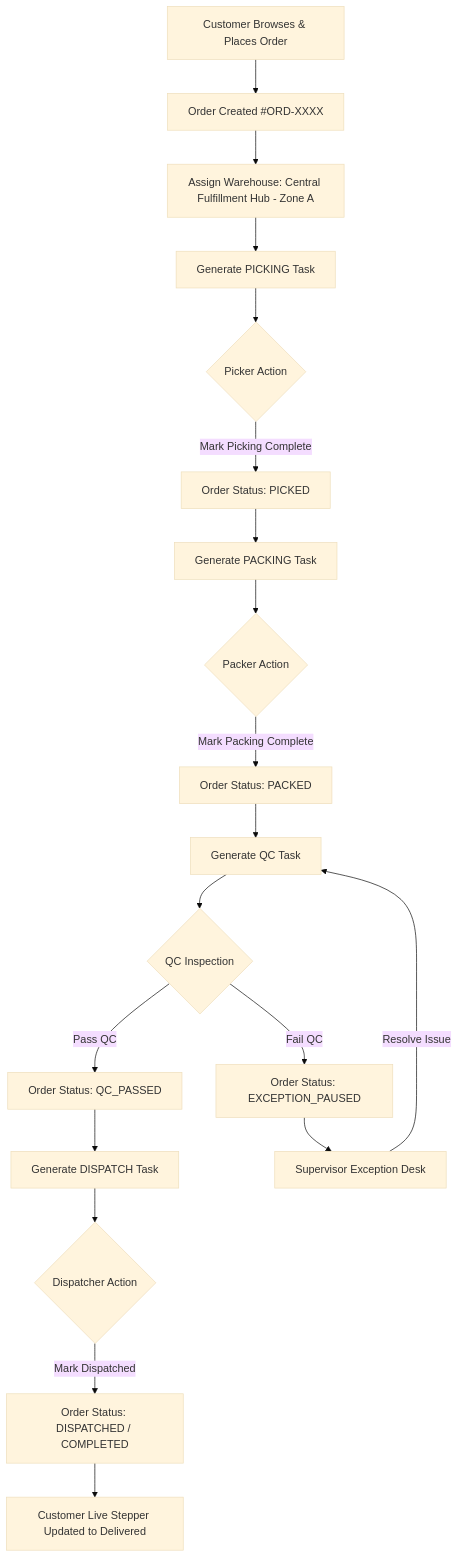
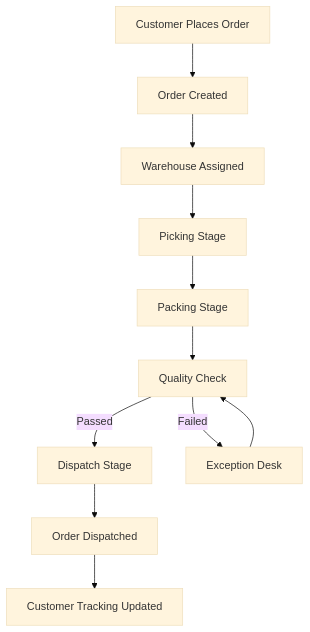
The second of 2 diagrams in README.md (Mounikadevichennam/smart-warehouse-ops), drawn with Mermaid (base theme) before and after one commit. The commit also changed other lines of this file, not shown here.

Commit message:
Fix Mermaid diagrams in README for GitHub rendering

````diff
--- a/README.md
+++ b/README.md
@@ -321,25 +302,13 @@
 ```mermaid
 flowchart TD
-    A[Customer Browses & Places Order] --> B[Order Created #ORD-XXXX]
-    B --> C[Assign Warehouse: Central Fulfillment Hub - Zone A]
-    C --> D[Generate PICKING Task]
-    
-    D --> E{Picker Action}
-    E -->|Mark Picking Complete| F[Order Status: PICKED]
-    F --> G[Generate PACKING Task]
-    
-    G --> H{Packer Action}
-    H -->|Mark Packing Complete| I[Order Status: PACKED]
-    I --> J[Generate QC Task]
-    
-    J --> K{QC Inspection}
-    K -->|Pass QC| L[Order Status: QC_PASSED]
-    K -->|Fail QC| M[Order Status: EXCEPTION_PAUSED]
-    M --> N[Supervisor Exception Desk]
-    N -->|Resolve Issue| J
-    
-    L --> O[Generate DISPATCH Task]
-    O --> P{Dispatcher Action}
-    P -->|Mark Dispatched| Q[Order Status: DISPATCHED / COMPLETED]
-    Q --> R[Customer Live Stepper Updated to Delivered]
+    A[Customer Places Order] --> B[Order Created]
+    B --> C[Warehouse Assigned]
+    C --> D[Picking Stage]
+    D --> E[Packing Stage]
+    E --> F[Quality Check]
+    F -->|Passed| G[Dispatch Stage]
+    F -->|Failed| H[Exception Desk]
+    H --> F
+    G --> I[Order Dispatched]
+    I --> J[Customer Tracking Updated]
 ```
````
